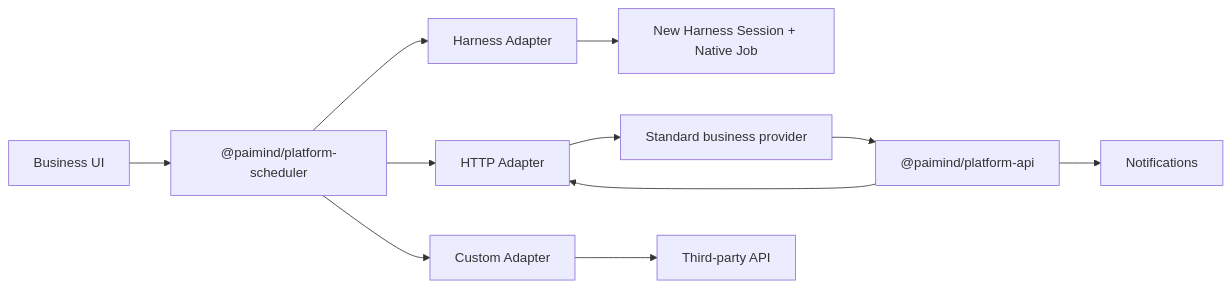
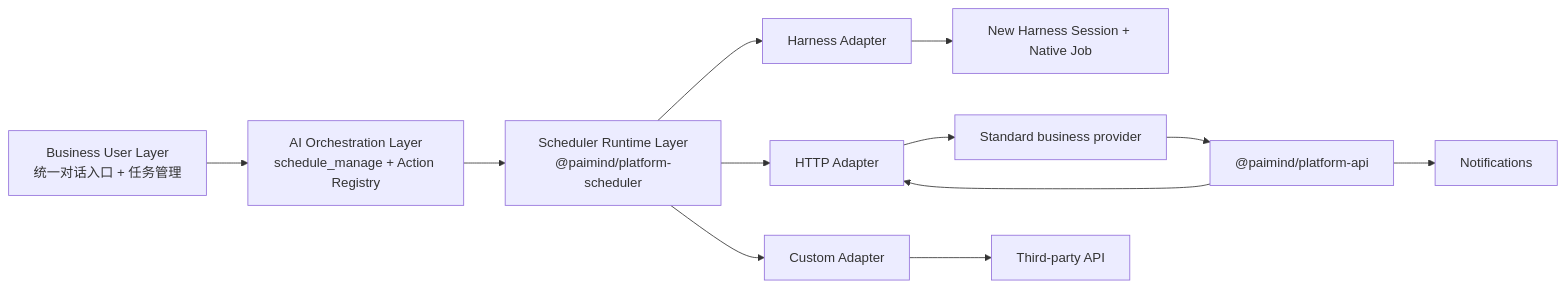
One commit to Hanyan179/paimind-harness-plugins changed the diagram in docs/architecture/platform-scheduler.md. Above: the diagram before and after it, drawn with Mermaid. The commit also changed other lines of this file and 290 other files, not shown here.

````diff
--- a/docs/architecture/platform-scheduler.md
+++ b/docs/architecture/platform-scheduler.md
@@ -9,13 +9,14 @@
 ```mermaid
 flowchart LR
-  UI["Business UI"] --> Core["@paimind/platform-scheduler"]
+  UI["Business User Layer<br/>统一对话入口 + 任务管理"] --> AO["AI Orchestration Layer<br/>schedule_manage + Action Registry"]
+  AO --> Core["Scheduler Runtime Layer<br/>@paimind/platform-scheduler"]
   API["@paimind/platform-api"] --> HTTP["HTTP Adapter"]
   Core --> HA["Harness Adapter"]
   Core --> HTTP
   Core --> CA["Custom Adapter"]
   HA --> H["New Harness Session + Native Job"]
   HTTP --> B["Standard business provider"]
   CA --> T["Third-party API"]
   B --> API
   API --> N["Notifications"]
 ```
````
